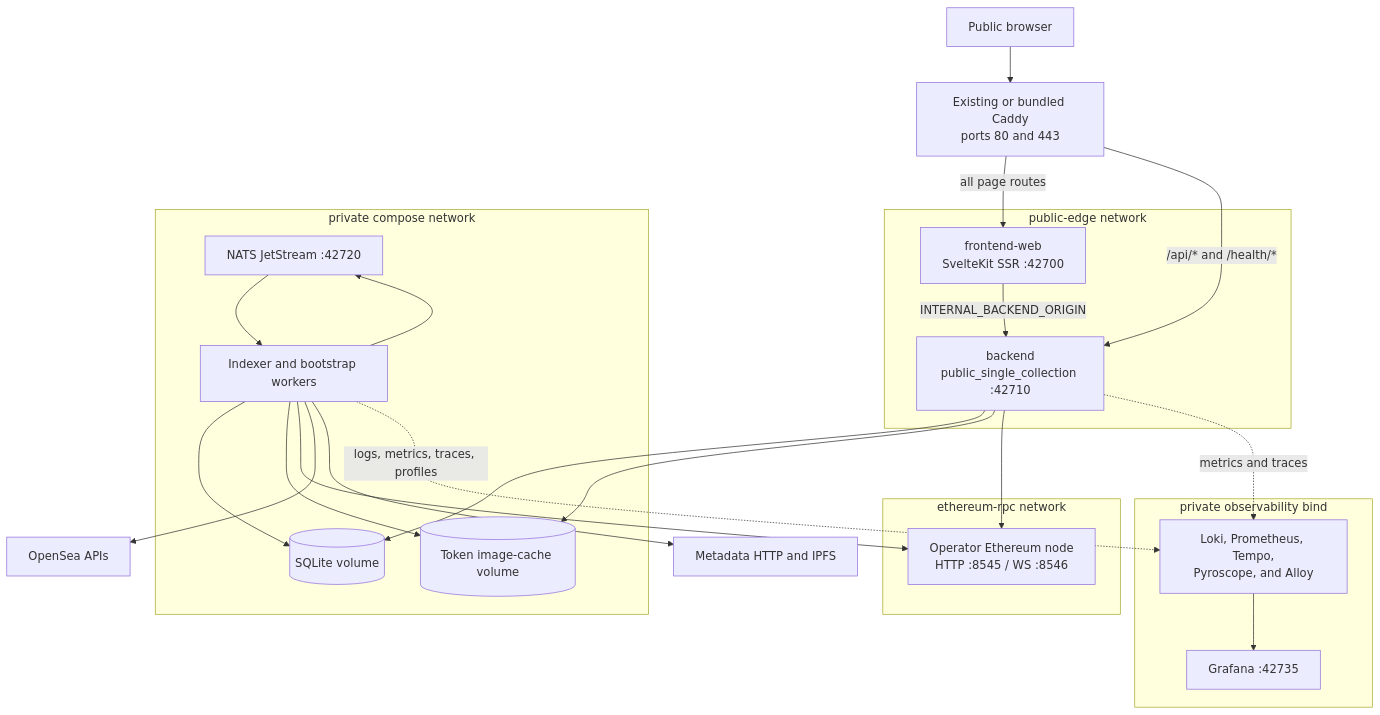
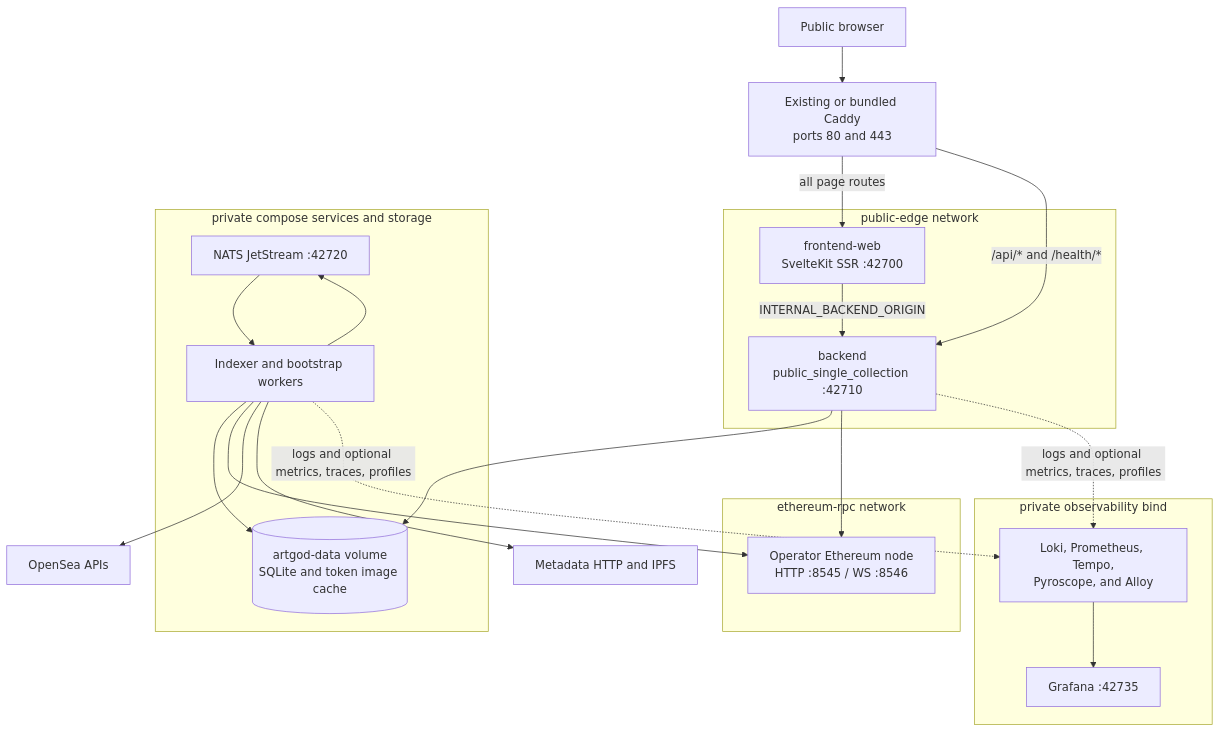
The diagram in docs/diagrams/08-hosted-read-only-topology.md (d347h-eth/artgod), drawn with Mermaid before and after one commit. The commit also changed other lines of this file and 40 other files, not shown here.

````diff
--- a/docs/diagrams/08-hosted-read-only-topology.md
+++ b/docs/diagrams/08-hosted-read-only-topology.md
@@ -7,49 +7,46 @@
 ```mermaid
 flowchart TB
     Visitor[Public browser]
     Proxy[Existing or bundled Caddy<br/>ports 80 and 443]
 
     subgraph Edge[public-edge network]
         Frontend[frontend-web<br/>SvelteKit SSR :42700]
         Backend[backend<br/>public_single_collection :42710]
     end
 
-    subgraph Internal[private compose network]
+    subgraph Internal[private compose services and storage]
         NATS[NATS JetStream :42720]
         Workers[Indexer and bootstrap workers]
-        DB[(SQLite volume)]
-        Media[(Token image-cache volume)]
+        Data[(artgod-data volume<br/>SQLite and token image cache)]
     end
 
     subgraph RpcNet[ethereum-rpc network]
         RPC[Operator Ethereum node<br/>HTTP :8545 / WS :8546]
     end
 
     subgraph PrivateOps[private observability bind]
         Grafana[Grafana :42735]
         Telemetry[Loki, Prometheus, Tempo,<br/>Pyroscope, and Alloy]
     end
 
     OpenSea[OpenSea APIs]
     Metadata[Metadata HTTP and IPFS]
 
     Visitor --> Proxy
     Proxy -->|all page routes| Frontend
     Proxy -->|/api/* and /health/*| Backend
     Frontend -->|INTERNAL_BACKEND_ORIGIN| Backend
 
-    Backend --> DB
-    Backend --> Media
+    Backend --> Data
     Backend --> RPC
     NATS --> Workers
     Workers --> NATS
-    Workers --> DB
-    Workers --> Media
+    Workers --> Data
     Workers --> RPC
     Workers --> OpenSea
     Workers --> Metadata
 
-    Backend -. metrics and traces .-> Telemetry
-    Workers -. logs, metrics, traces, profiles .-> Telemetry
+    Backend -. logs and optional metrics, traces, profiles .-> Telemetry
+    Workers -. logs and optional metrics, traces, profiles .-> Telemetry
     Telemetry --> Grafana
 ```
````
